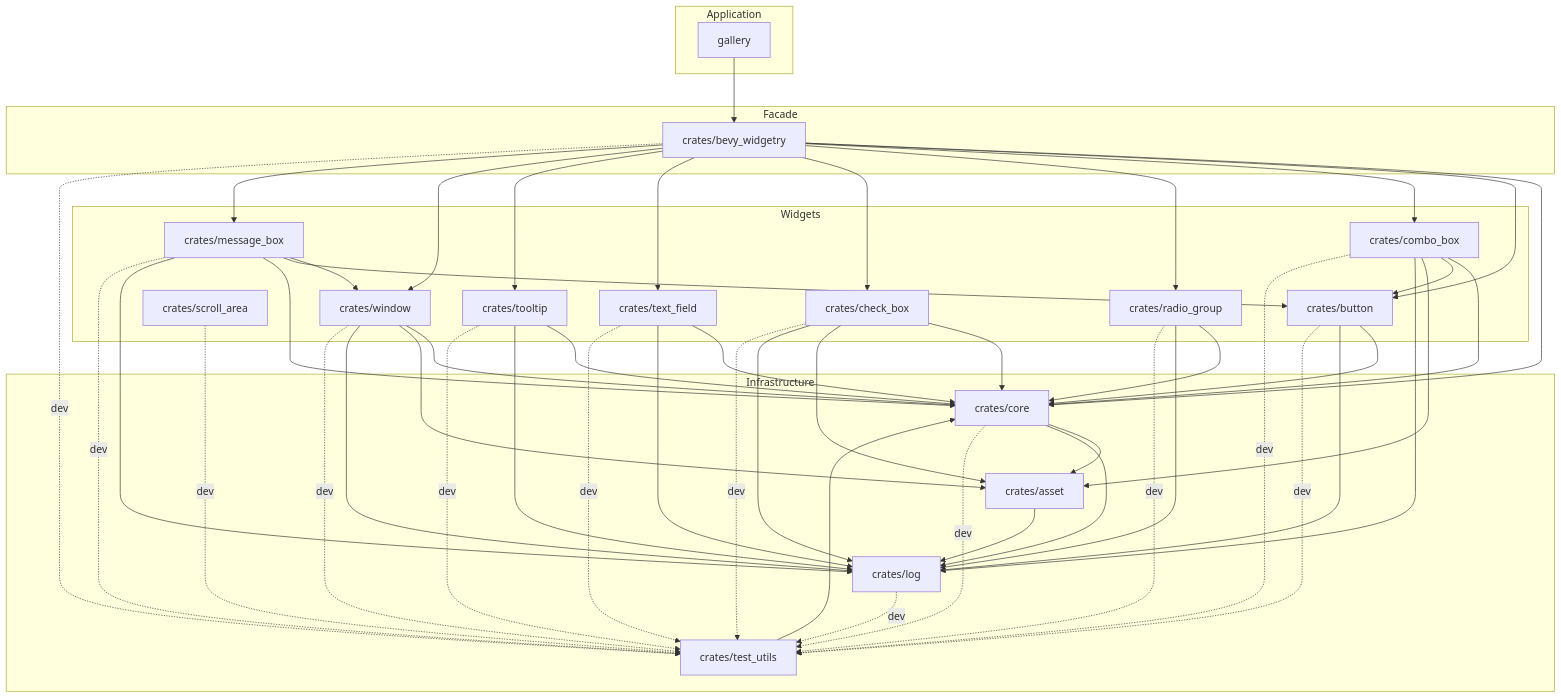
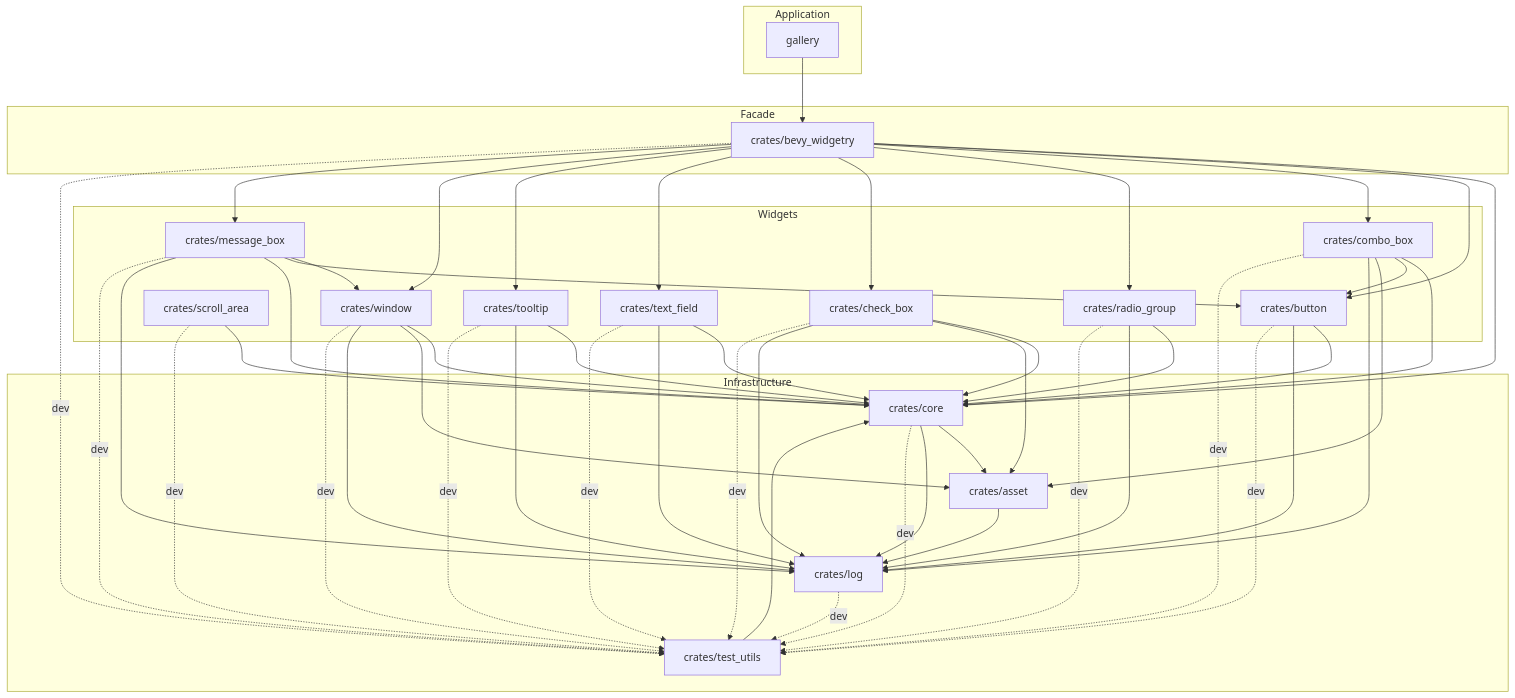
Before and after one commit to slc90/bevy_widgetry: the diagram in docs/architecture.md, drawn with Mermaid. The commit also changed other lines of this file and 7 other files, not shown here.

First line of the commit message:
实现 ScrollArea BSN 构造与样式

```diff
--- a/docs/architecture.md
+++ b/docs/architecture.md
@@ -197,6 +197,7 @@
     combo_box --> asset
     radio_group --> core
     radio_group --> log
+    scroll_area --> core
     scroll_area -. dev .-> test_utils
     check_box --> core
     check_box --> asset
```
